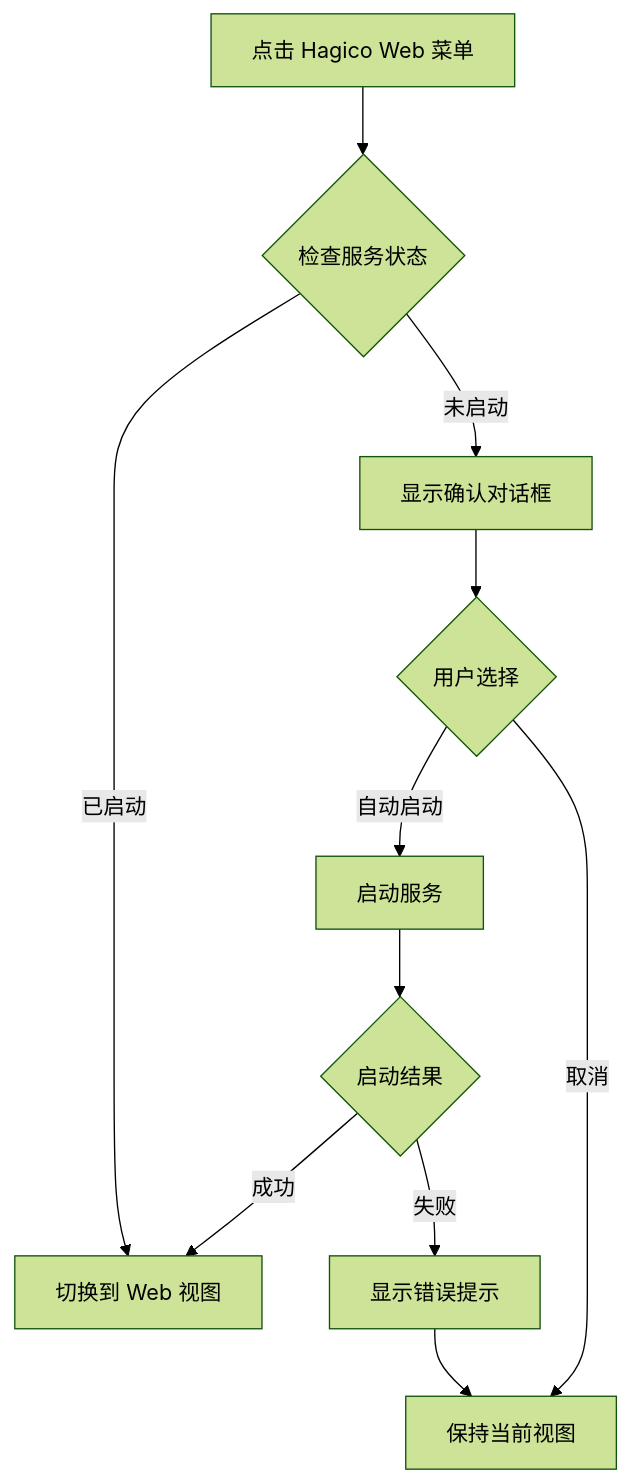
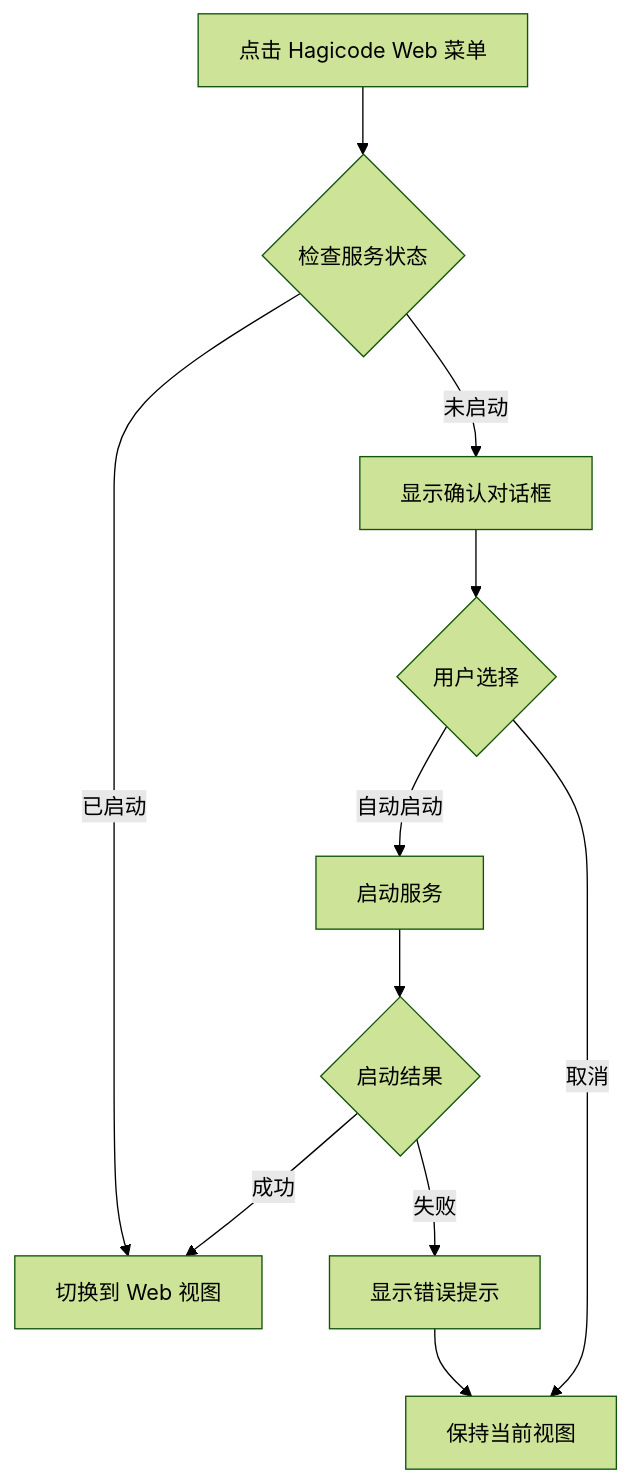
One commit to HagiCode-org/desktop changed the third of 3 diagrams in openspec/changes/archive/2026-02-04-electron-top-menu-bar-implementation/design.md. Above: the diagram before and after it, drawn with Mermaid (forest theme). The commit also changed other lines of this file and 208 other files, not shown here.

````diff
--- a/openspec/changes/archive/2026-02-04-electron-top-menu-bar-implementation/design.md
+++ b/openspec/changes/archive/2026-02-04-electron-top-menu-bar-implementation/design.md
@@ -361,13 +361,13 @@
 ```mermaid
 flowchart TD
-    A[点击 Hagico Web 菜单] --> B{检查服务状态}
+    A[点击 Hagicode Web 菜单] --> B{检查服务状态}
     B -->|已启动| C[切换到 Web 视图]
     B -->|未启动| D[显示确认对话框]
     D --> E{用户选择}
     E -->|自动启动| F[启动服务]
     E -->|取消| G[保持当前视图]
     F --> H{启动结果}
     H -->|成功| C
     H -->|失败| I[显示错误提示]
     I --> G
 ```
````
